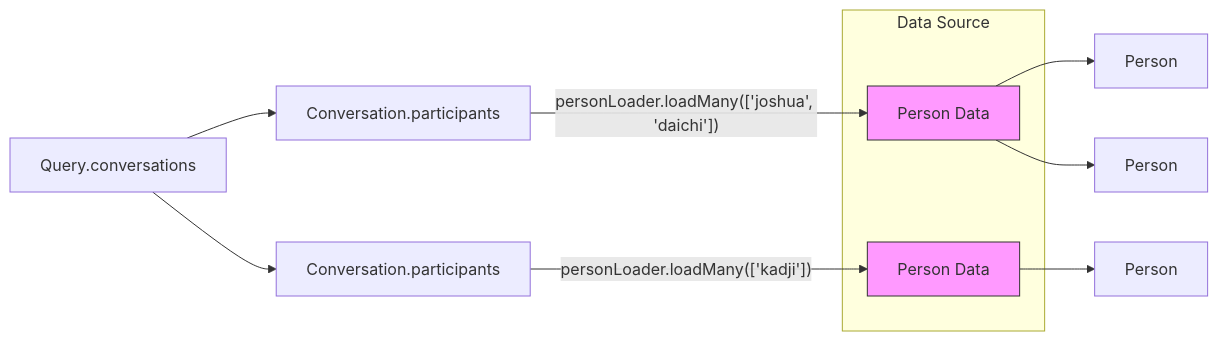
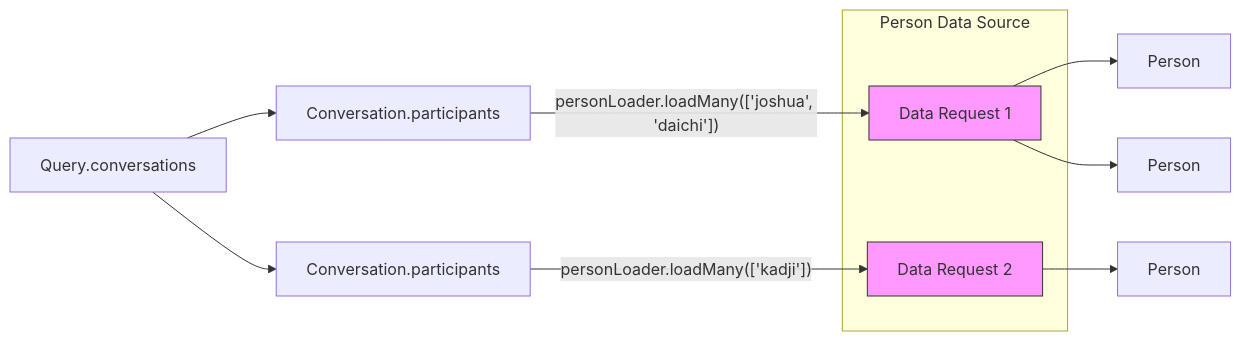
The third of 4 diagrams in website/docs/learn-graphql/guides/graphql-execution.md (ira-kaundal/graphitation), drawn with Mermaid before and after one commit. The commit also changed other lines of this file, not shown here.

````diff
--- a/website/docs/learn-graphql/guides/graphql-execution.md
+++ b/website/docs/learn-graphql/guides/graphql-execution.md
@@ -392,17 +392,17 @@
 ```mermaid
 graph LR
   Q["Query.conversations"] --> C1["Conversation.participants"]
   Q --> C2["Conversation.participants"]
-  subgraph Data Source
-    P1["Person Data"]
-    P2["Person Data"]
+  subgraph Person Data Source
+    P1["Data Request 1"]
+    P2["Data Request 2"]
   end
   C1 -->|"personLoader.loadMany(['joshua', 'daichi'])"| P1
   C2 -->|"personLoader.loadMany(['kadji'])"| P2
   P1 --> U1["Person"]
   P1 --> U2["Person"]
   P2 --> U3["Person"]
 
 classDef external fill:#f9f,stroke:#333;
 class P1,P2 external;
 ```
````
